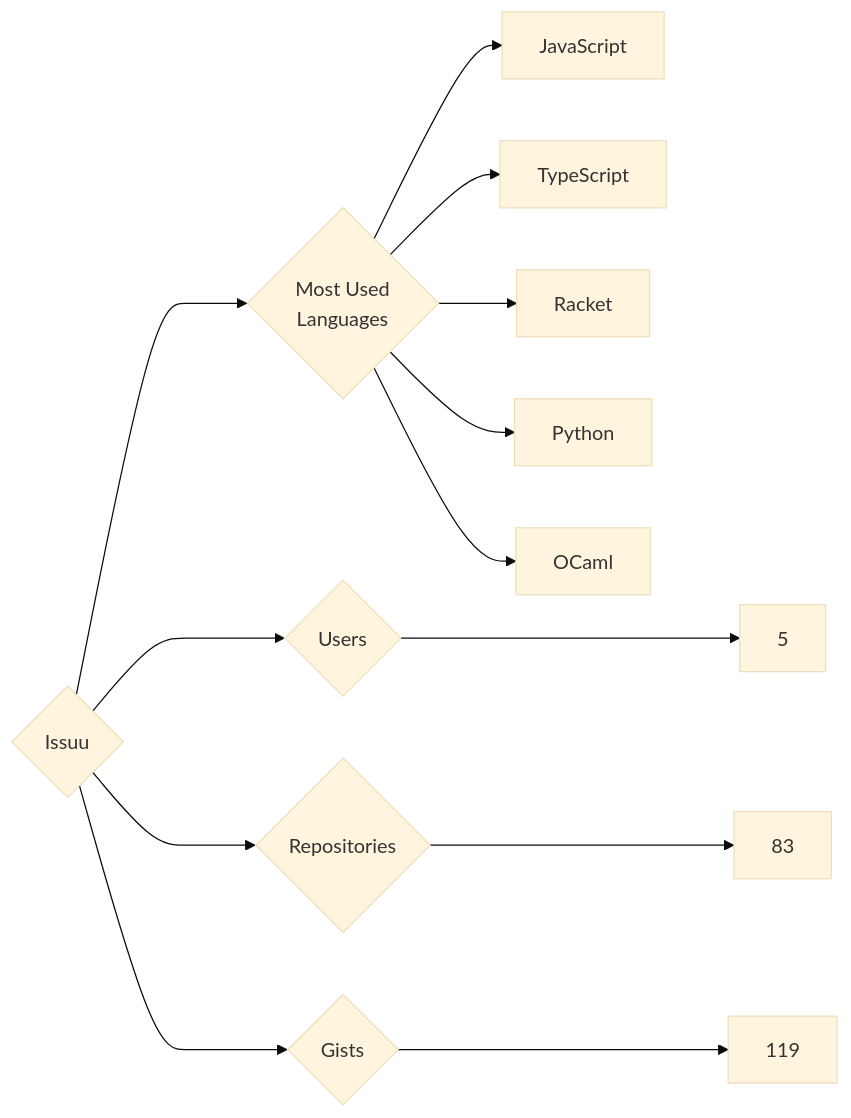
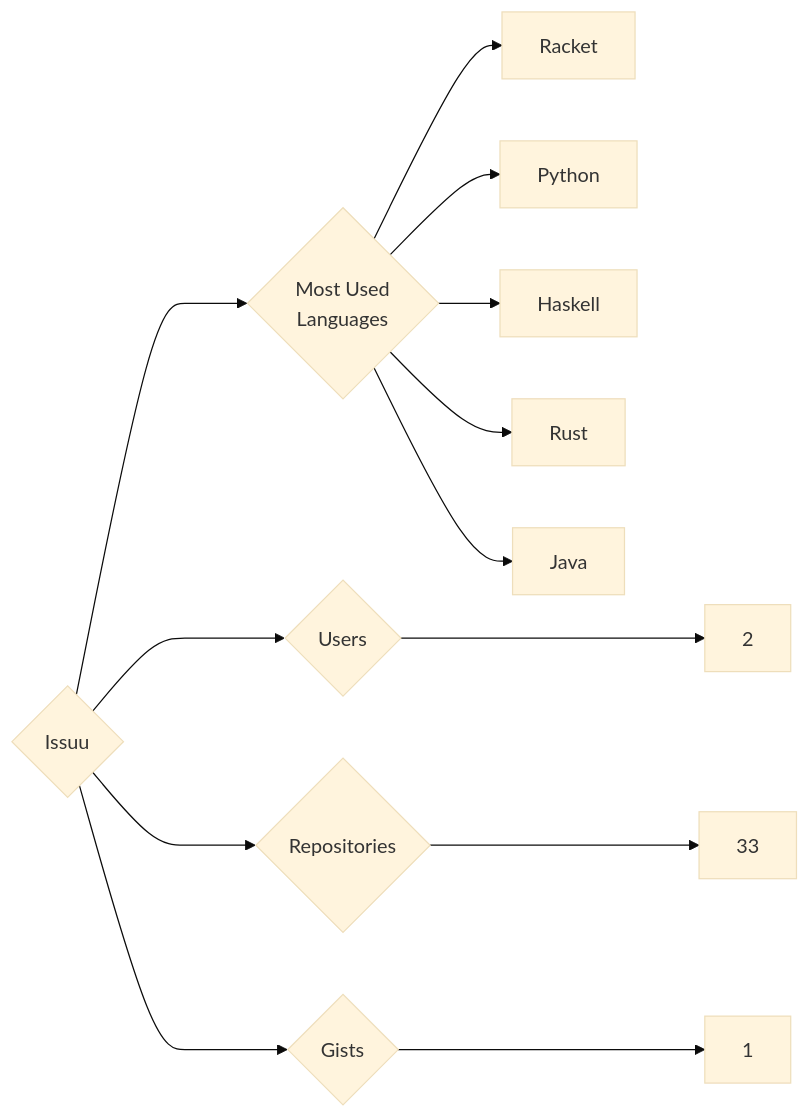
The diagram in targets/Issuu/README.md (trickest/insiders), drawn with Mermaid (base theme) before and after one commit. The commit also changed 888 other files, not shown here.

````diff
--- a/targets/Issuu/README.md
+++ b/targets/Issuu/README.md
@@ -3,13 +3,13 @@
 ```mermaid
 graph LR
 COMPANY_NAME{Issuu}
-COMPANY_NAME ---> U{Users} ---> UN[5]
-COMPANY_NAME ---> R{Repositories} ---> RN[83]
-COMPANY_NAME ---> G{Gists} ---> GN[119]
+COMPANY_NAME ---> U{Users} ---> UN[2]
+COMPANY_NAME ---> R{Repositories} ---> RN[33]
+COMPANY_NAME ---> G{Gists} ---> GN[1]
 COMPANY_NAME ---> ML{Most Used<br>Languages}
-ML --> JavaScript[JavaScript]
-ML --> TypeScript[TypeScript]
 ML --> Racket[Racket]
 ML --> Python[Python]
-ML --> OCaml[OCaml]
+ML --> Haskell[Haskell]
+ML --> Rust[Rust]
+ML --> Java[Java]
 ```
````
